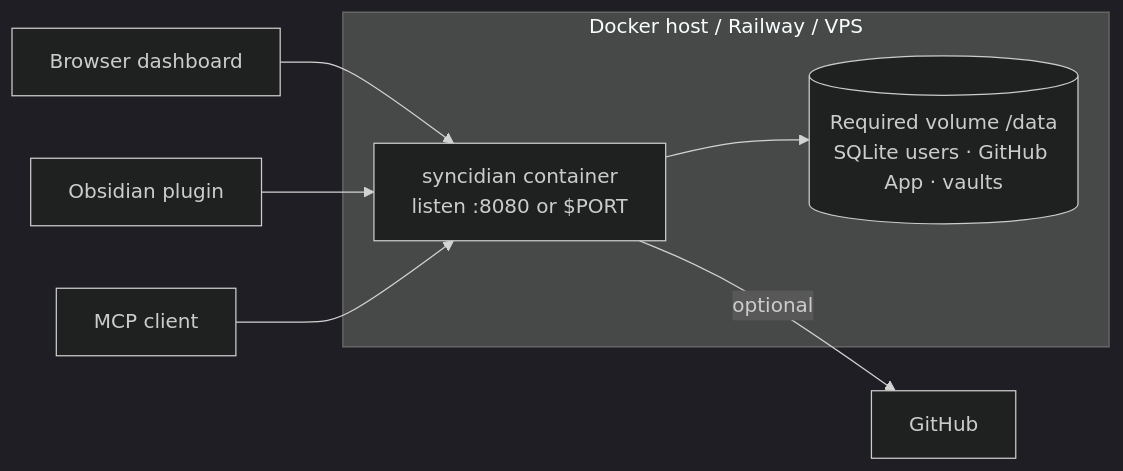
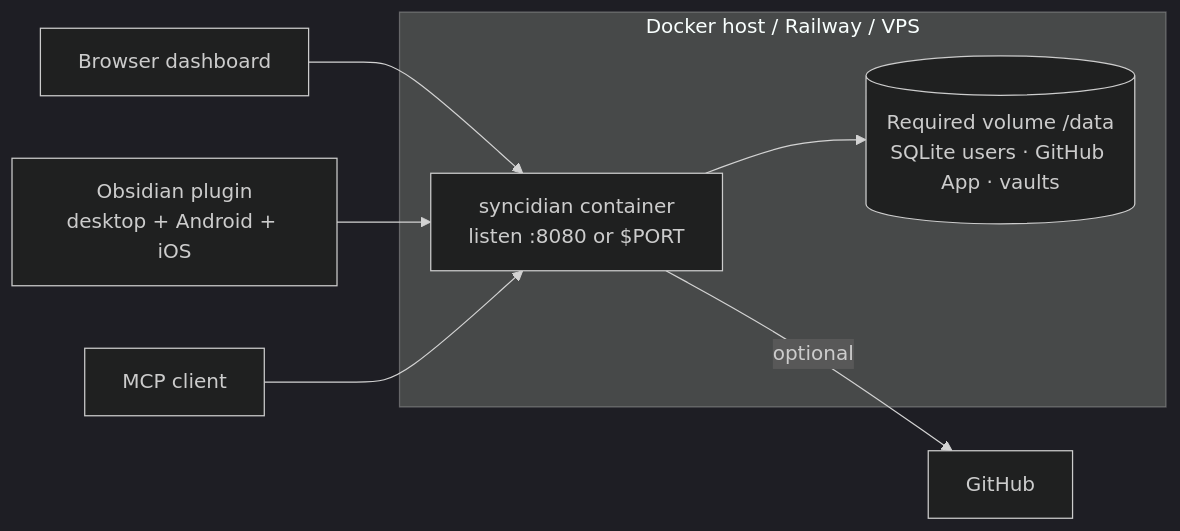
One commit to shangeethsivan/Syncidian changed diagram 13 of 13 in docs/architecture.md. Above: the diagram before and after it, drawn with Mermaid (dark theme). The commit also changed other lines of this file and 2 other files, not shown here.

First line of the commit message:
Update architecture diagrams for mobile plugin transport

````diff
--- a/docs/architecture.md
+++ b/docs/architecture.md
@@ -482,13 +497,13 @@
 ```mermaid
 flowchart LR
   subgraph host [Docker host / Railway / VPS]
     C["syncidian container<br/>listen :8080 or $PORT"]
     V[("Required volume /data<br/>SQLite users · GitHub App · vaults")]
     C --> V
   end
 
   Browser["Browser dashboard"] --> C
-  Plugin["Obsidian plugin"] --> C
+  Plugin["Obsidian plugin<br/>desktop + Android + iOS"] --> C
   MCP["MCP client"] --> C
   C -->|"optional"| GH["GitHub"]
 ```
````
